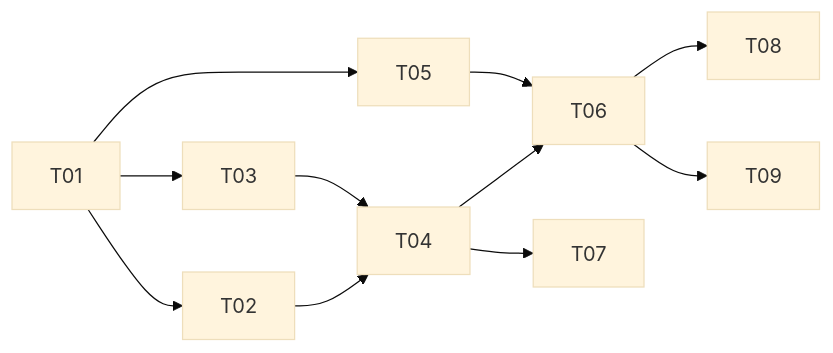
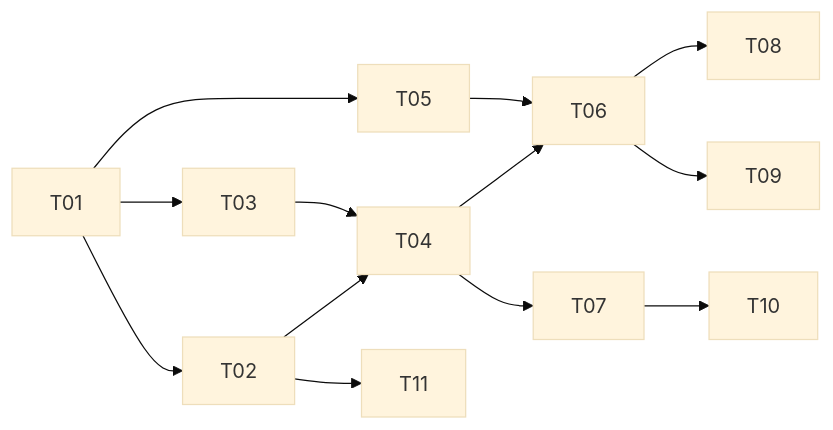
Before and after one commit to HeliosPersonal/jobhunter: the diagram in docs/features/f2-normalization-dedup/tasks/tracker.md, drawn with Mermaid (base theme). The commit also changed other lines of this file and 5 other files, not shown here.

````diff
--- a/docs/features/f2-normalization-dedup/tasks/tracker.md
+++ b/docs/features/f2-normalization-dedup/tasks/tracker.md
@@ -38,10 +47,12 @@
 ```mermaid
 graph LR
   T01 --> T02 --> T04
   T01 --> T03 --> T04
   T01 --> T05
   T04 --> T06
   T05 --> T06 --> T08
   T04 --> T07
   T06 --> T09
+  T07 --> T10
+  T02 --> T11
 ```
````
